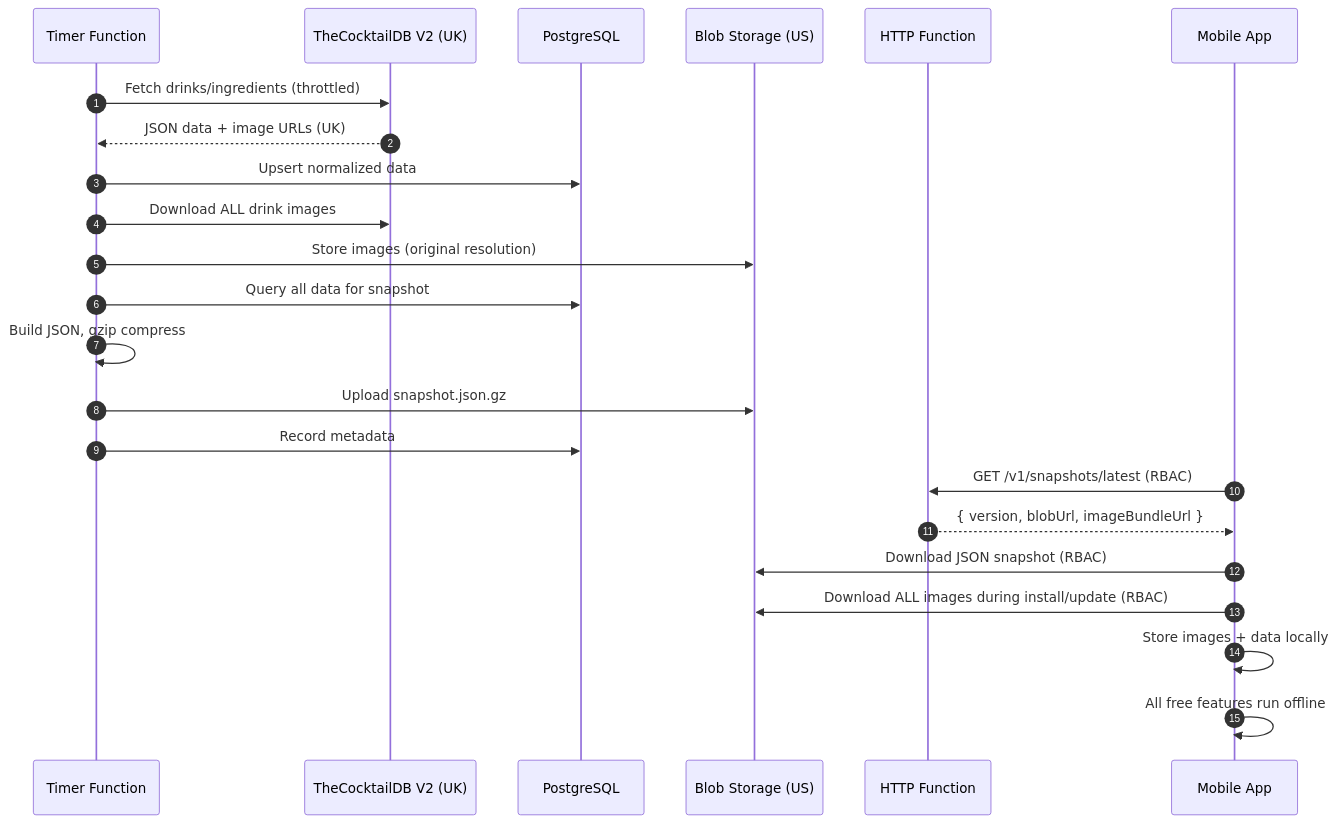
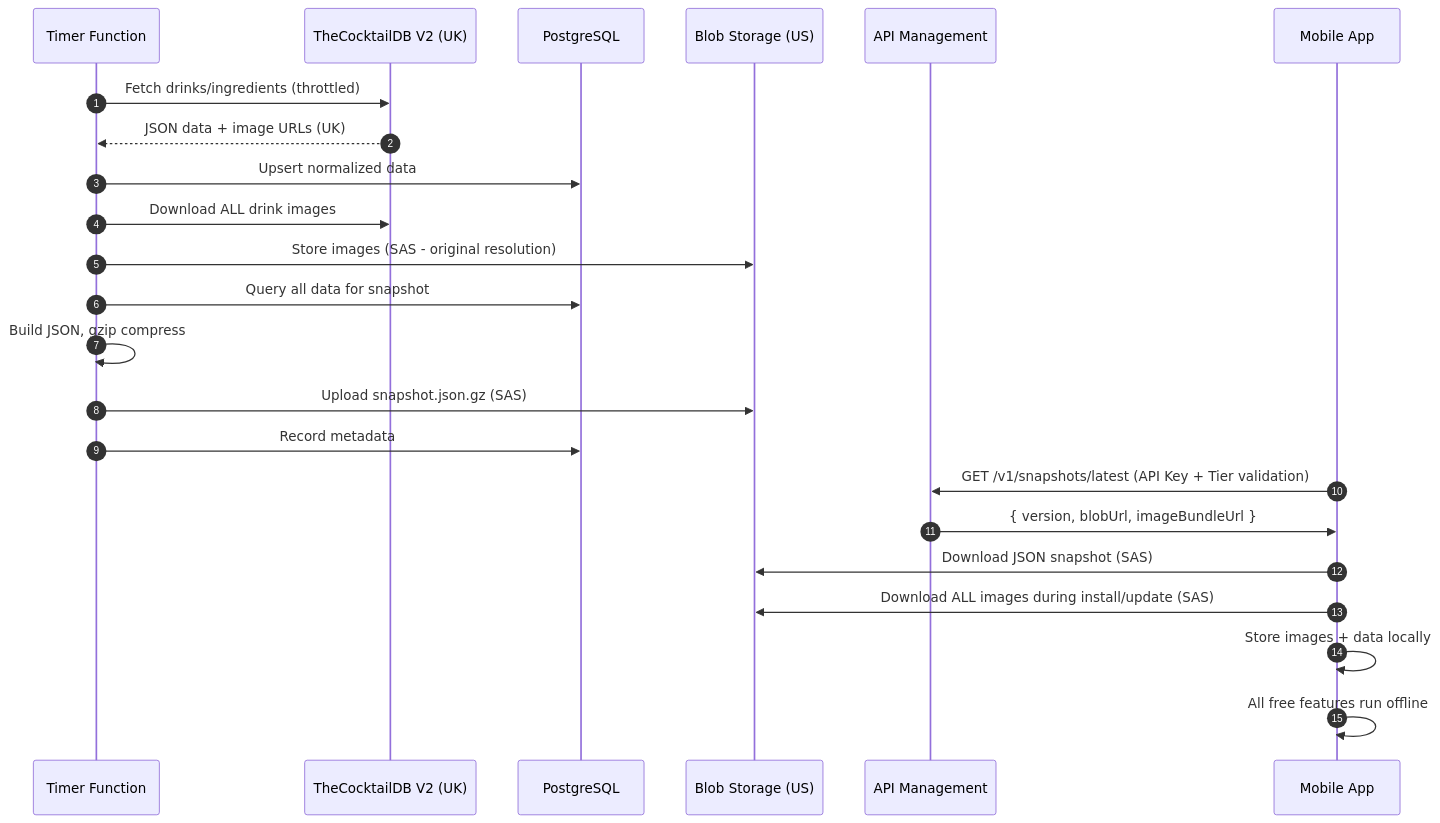
The second of 2 diagrams in docs/ARCHITECTURE.md (gwhitley1969/mybartenderAI-MVP), drawn with Mermaid before and after one commit. The commit also changed other lines of this file and 32 other files, not shown here.

````diff
--- a/docs/ARCHITECTURE.md
+++ b/docs/ARCHITECTURE.md
@@ -78,26 +124,26 @@
 ```mermaid
 sequenceDiagram
   autonumber
   participant T as Timer Function
   participant CDB as TheCocktailDB V2 (UK)
   participant PG as PostgreSQL
   participant BL as Blob Storage (US)
-  participant H as HTTP Function
+  participant APIM as API Management
   participant M as Mobile App
 
   T->>CDB: Fetch drinks/ingredients (throttled)
   CDB-->>T: JSON data + image URLs (UK)
   T->>PG: Upsert normalized data
   T->>CDB: Download ALL drink images
-  T->>BL: Store images (original resolution)
+  T->>BL: Store images (SAS - original resolution)
   T->>PG: Query all data for snapshot
   T->>T: Build JSON, gzip compress
-  T->>BL: Upload snapshot.json.gz
+  T->>BL: Upload snapshot.json.gz (SAS)
   T->>PG: Record metadata
-  M->>H: GET /v1/snapshots/latest (RBAC)
-  H-->>M: { version, blobUrl, imageBundleUrl }
-  M->>BL: Download JSON snapshot (RBAC)
-  M->>BL: Download ALL images during install/update (RBAC)
+  M->>APIM: GET /v1/snapshots/latest (API Key + Tier validation)
+  APIM->>M: { version, blobUrl, imageBundleUrl }
+  M->>BL: Download JSON snapshot (SAS)
+  M->>BL: Download ALL images during install/update (SAS)
   M->>M: Store images + data locally
   M->>M: All free features run offline
 ```
````
